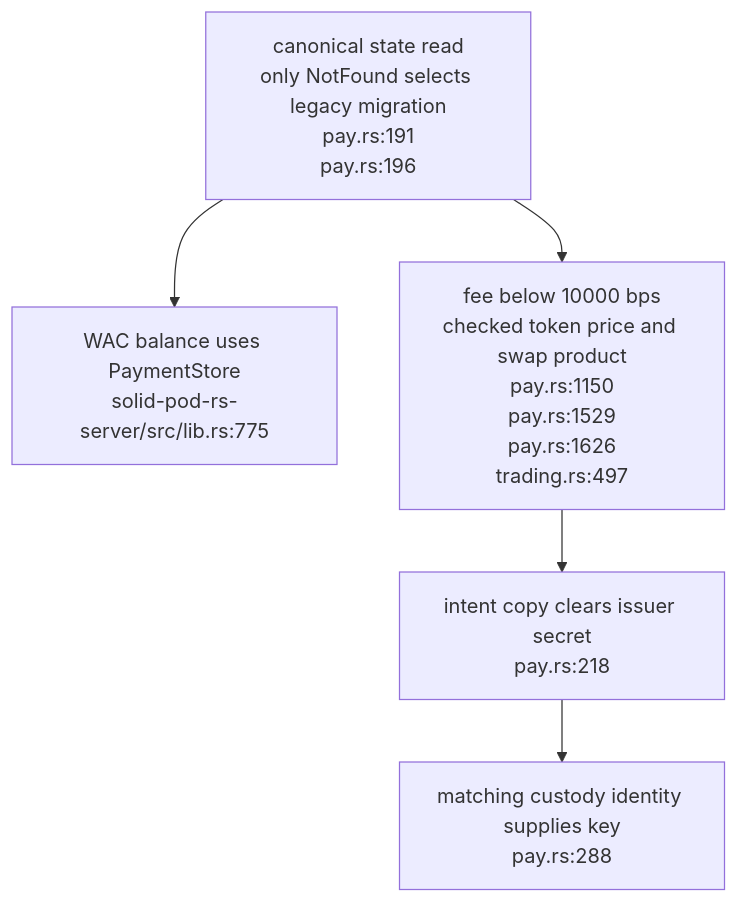
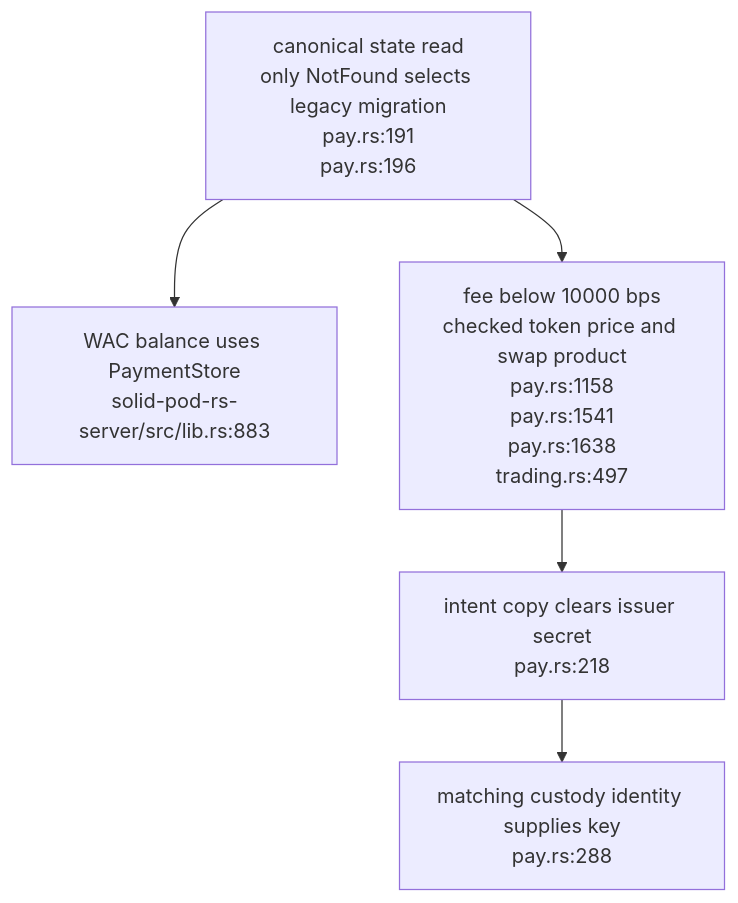
Before and after one commit to DreamLab-AI/VisionFlow: the fourth of 5 diagrams in docs/diagrams/solid-pod-rs/15-authority-and-payment-repairs.md, drawn with Mermaid. The commit also changed other lines of this file and 154 other files, not shown here.

First line of the commit message:
docs(diagrams): re-stamp 154 topics whose every citation still reads the same text at the current heads

````diff
--- a/docs/diagrams/solid-pod-rs/15-authority-and-payment-repairs.md
+++ b/docs/diagrams/solid-pod-rs/15-authority-and-payment-repairs.md
@@ -77,10 +77,10 @@
 ```mermaid
 flowchart TB
     STATE["canonical state read<br/>only NotFound selects legacy migration<br/>pay.rs:191<br/>pay.rs:196"]
-    BALANCE["WAC balance uses PaymentStore<br/>solid-pod-rs-server/src/lib.rs:775"]
-    BOUNDS["fee below 10000 bps<br/>checked token price and swap product<br/>pay.rs:1150<br/>pay.rs:1529<br/>pay.rs:1626<br/>trading.rs:497"]
+    BALANCE["WAC balance uses PaymentStore<br/>solid-pod-rs-server/src/lib.rs:883"]
+    BOUNDS["fee below 10000 bps<br/>checked token price and swap product<br/>pay.rs:1158<br/>pay.rs:1541<br/>pay.rs:1638<br/>trading.rs:497"]
     INTENT["intent copy clears issuer secret<br/>pay.rs:218"]
     RECOVER["matching custody identity supplies key<br/>pay.rs:288"]
     STATE --> BALANCE
     STATE --> BOUNDS --> INTENT --> RECOVER
 ```
````
